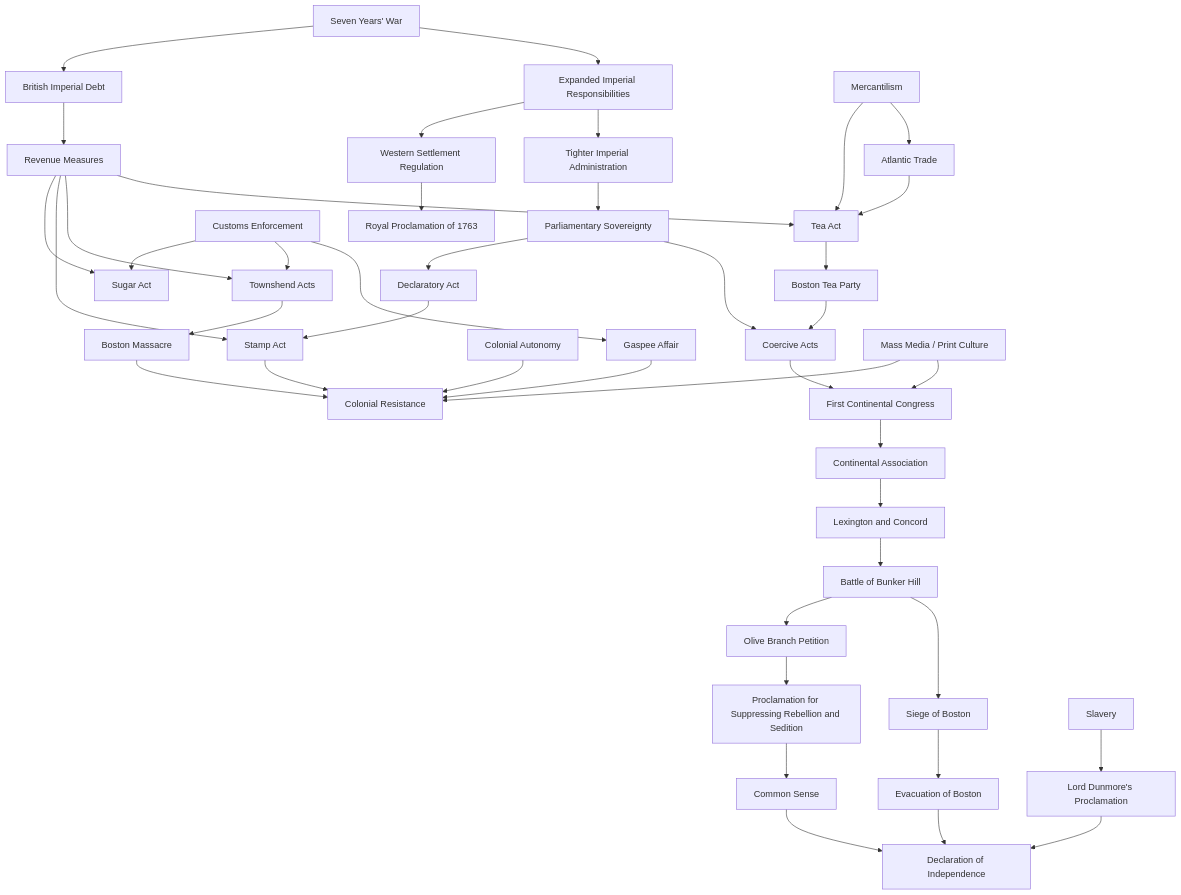
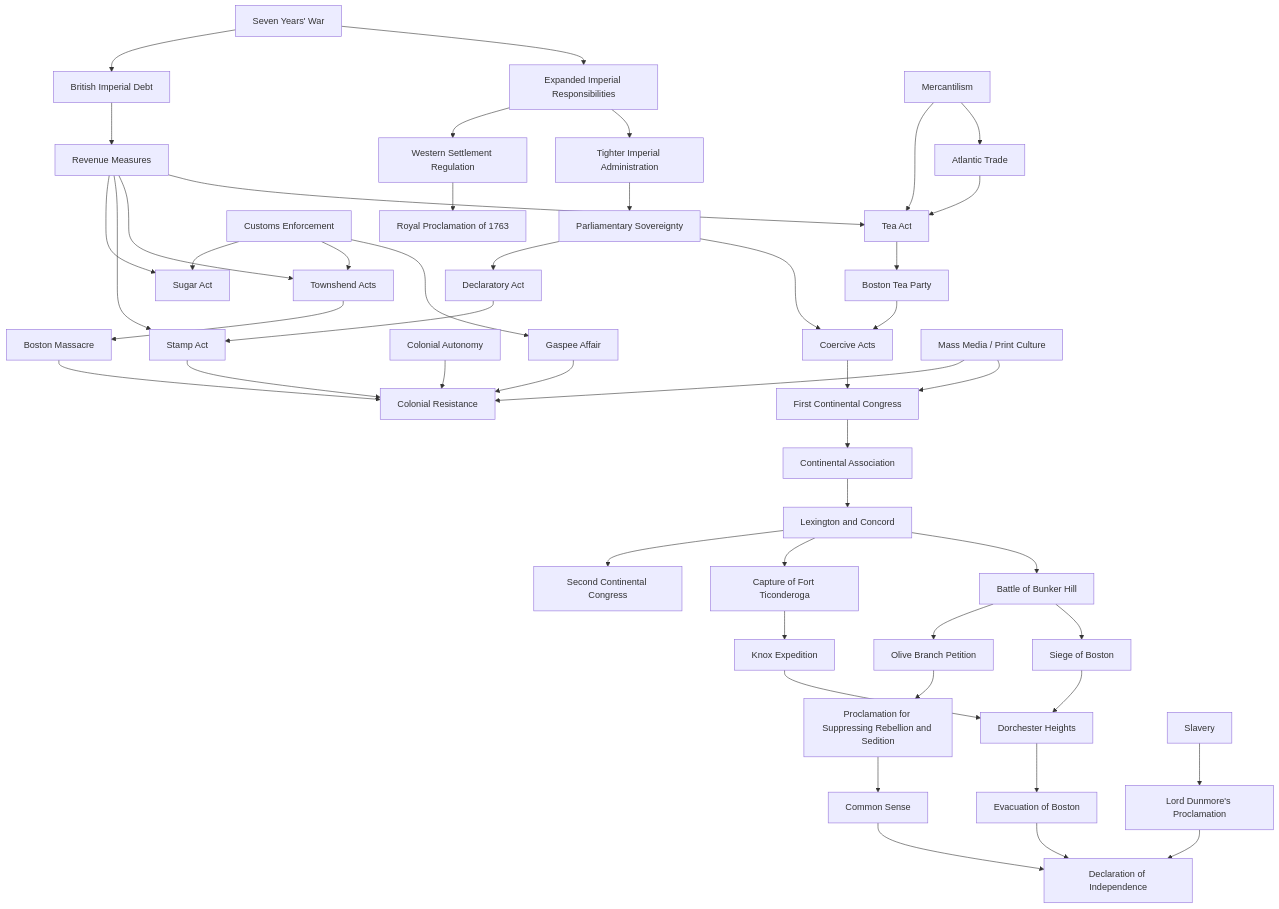
One commit to mattblethen/Causal-Atlas changed the diagram in 09_Maps_Models/Pressure_Maps/American Revolution Pressure Map.md. Above: the diagram before and after it, drawn with Mermaid. The commit also changed 28 other files, not shown here.

Commit message:
Add Ticonderoga and Dorchester mechanics

````diff
--- a/09_Maps_Models/Pressure_Maps/American Revolution Pressure Map.md
+++ b/09_Maps_Models/Pressure_Maps/American Revolution Pressure Map.md
@@ -18,46 +18,51 @@
 ```mermaid
 flowchart TD
     A["Seven Years' War"] --> B["British Imperial Debt"]
     A --> C["Expanded Imperial Responsibilities"]
     B --> D["Revenue Measures"]
     C --> AB["Western Settlement Regulation"]
     C --> E["Tighter Imperial Administration"]
     AB --> AC["Royal Proclamation of 1763"]
     D --> AD["Sugar Act"]
     D --> F["Stamp Act"]
     D --> S["Townshend Acts"]
     D --> G["Tea Act"]
     E --> H["Parliamentary Sovereignty"]
     H --> AE["Declaratory Act"]
     AE --> F
     H --> I["Coercive Acts"]
     J["Colonial Autonomy"] --> K["Colonial Resistance"]
     F --> K
     S --> T["Boston Massacre"]
     T --> K
     AF["Customs Enforcement"] --> AD
     AF --> S
     AF --> AG["Gaspee Affair"]
     AG --> K
     G --> L["Boston Tea Party"]
     L --> I
     I --> M["First Continental Congress"]
     M --> U["Continental Association"]
     U --> N["Lexington and Concord"]
+    N --> AJ["Second Continental Congress"]
+    N --> AK["Capture of Fort Ticonderoga"]
+    AK --> AL["Knox Expedition"]
     N --> X["Battle of Bunker Hill"]
     X --> V["Olive Branch Petition"]
     V --> Y["Proclamation for Suppressing Rebellion and Sedition"]
     Y --> W["Common Sense"]
     X --> AH["Siege of Boston"]
-    AH --> AI["Evacuation of Boston"]
+    AL --> AM["Dorchester Heights"]
+    AH --> AM
+    AM --> AI["Evacuation of Boston"]
     AI --> O
     W --> O["Declaration of Independence"]
     Z["Slavery"] --> AA["Lord Dunmore's Proclamation"]
     AA --> O
 
     P["Atlantic Trade"] --> G
     Q["Mercantilism"] --> G
     Q --> P
     R["Mass Media / Print Culture"] --> K
     R --> M
 ```
````
